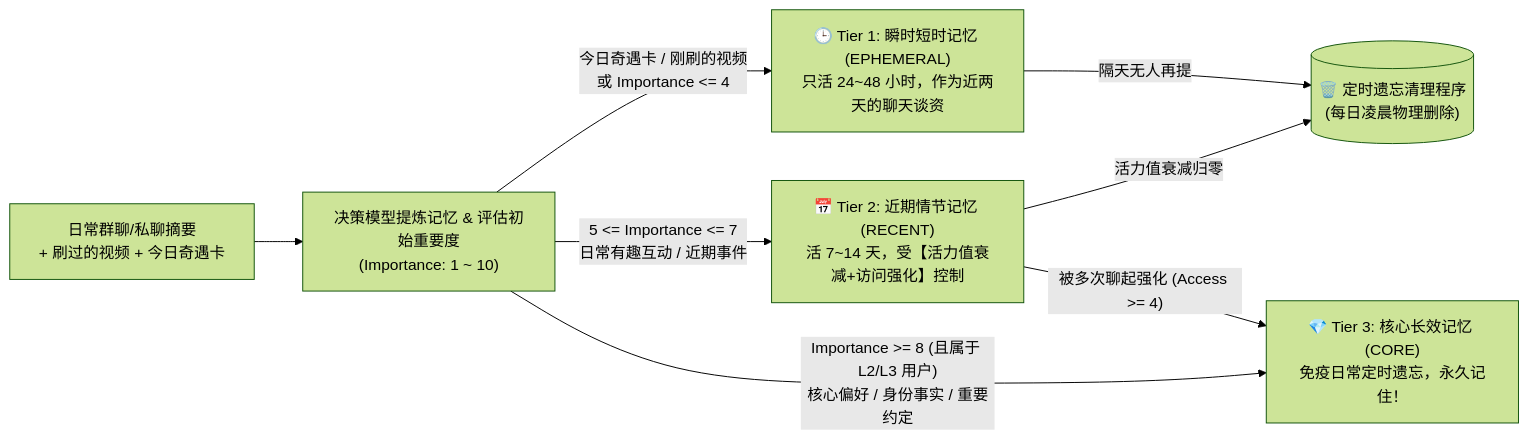
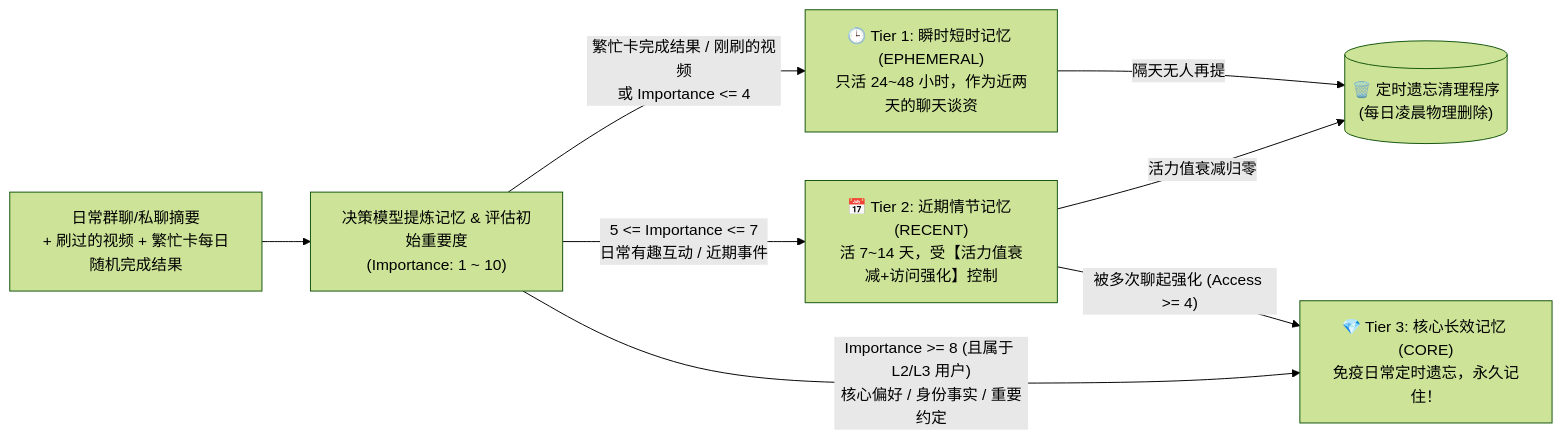
The fourth of 5 diagrams in docs/PRD.md (hidge123/astrbot_plugin_only_you), drawn with Mermaid (forest theme) before and after one commit. The commit also changed other lines of this file and 41 other files, not shown here.

````diff
--- a/docs/PRD.md
+++ b/docs/PRD.md
@@ -167,12 +176,12 @@
 ```mermaid
 flowchart LR
-    Input["日常群聊/私聊摘要\n+ 刷过的视频 + 今日奇遇卡"] --> Judge["决策模型提炼记忆 & 评估初始重要度\n(Importance: 1 ~ 10)"]
+    Input["日常群聊/私聊摘要\n+ 刷过的视频 + 繁忙卡每日随机完成结果"] --> Judge["决策模型提炼记忆 & 评估初始重要度\n(Importance: 1 ~ 10)"]
     
-    Judge -->|"今日奇遇卡 / 刚刷的视频\n或 Importance <= 4"| T1["🕒 Tier 1: 瞬时短时记忆 (EPHEMERAL)\n只活 24~48 小时，作为近两天的聊天谈资"]
+    Judge -->|"繁忙卡完成结果 / 刚刷的视频\n或 Importance <= 4"| T1["🕒 Tier 1: 瞬时短时记忆 (EPHEMERAL)\n只活 24~48 小时，作为近两天的聊天谈资"]
     Judge -->|"5 <= Importance <= 7\n日常有趣互动 / 近期事件"| T2["📅 Tier 2: 近期情节记忆 (RECENT)\n活 7~14 天，受【活力值衰减+访问强化】控制"]
     Judge -->|"Importance >= 8 (且属于 L2/L3 用户)\n核心偏好 / 身份事实 / 重要约定"| T3["💎 Tier 3: 核心长效记忆 (CORE)\n免疫日常定时遗忘，永久记住！"]
 
     T1 -->|"隔天无人再提"| Trash[("🗑️ 定时遗忘清理程序\n(每日凌晨物理删除)")]
     T2 -->|"活力值衰减归零"| Trash
     T2 -->|"被多次聊起强化 (Access >= 4)"| T3
 ```
````
